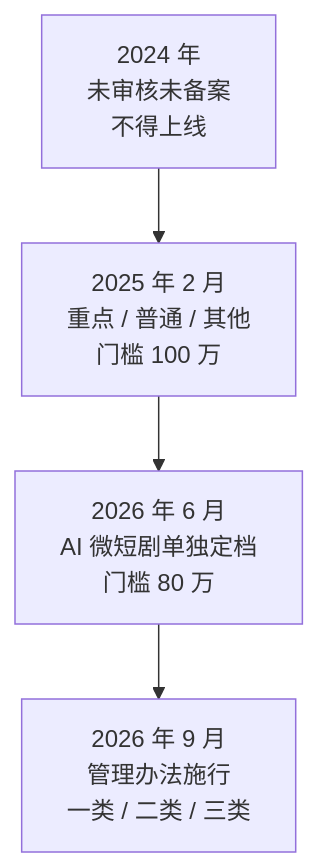
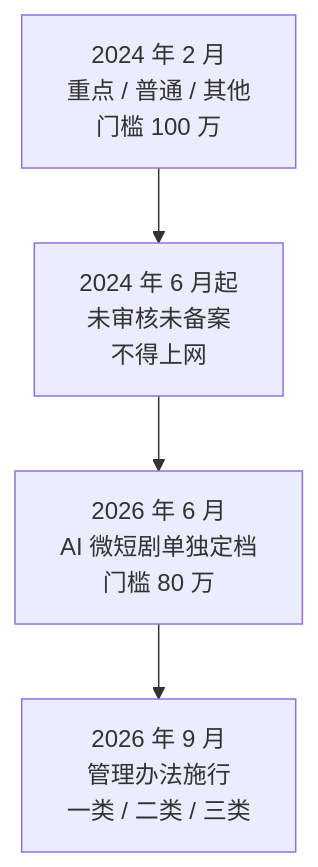
The first of 5 diagrams in books/drama-distribution/03-filing-review.md (jarvis-pro/hatch-shelf), drawn with Mermaid before and after one commit. The commit also changed other lines of this file and 146 other files, not shown here.

````diff
--- a/books/drama-distribution/03-filing-review.md
+++ b/books/drama-distribution/03-filing-review.md
@@ -20,6 +20,6 @@
 ```mermaid
 flowchart TD
-  A["2024 年<br/>未审核未备案<br/>不得上线"] --> B["2025 年 2 月<br/>重点 / 普通 / 其他<br/>门槛 100 万"]
+  A["2024 年 2 月<br/>重点 / 普通 / 其他<br/>门槛 100 万"] --> B["2024 年 6 月起<br/>未审核未备案<br/>不得上网"]
   B --> C["2026 年 6 月<br/>AI 微短剧单独定档<br/>门槛 80 万"]
   C --> D["2026 年 9 月<br/>管理办法施行<br/>一类 / 二类 / 三类"]
 ```
````
